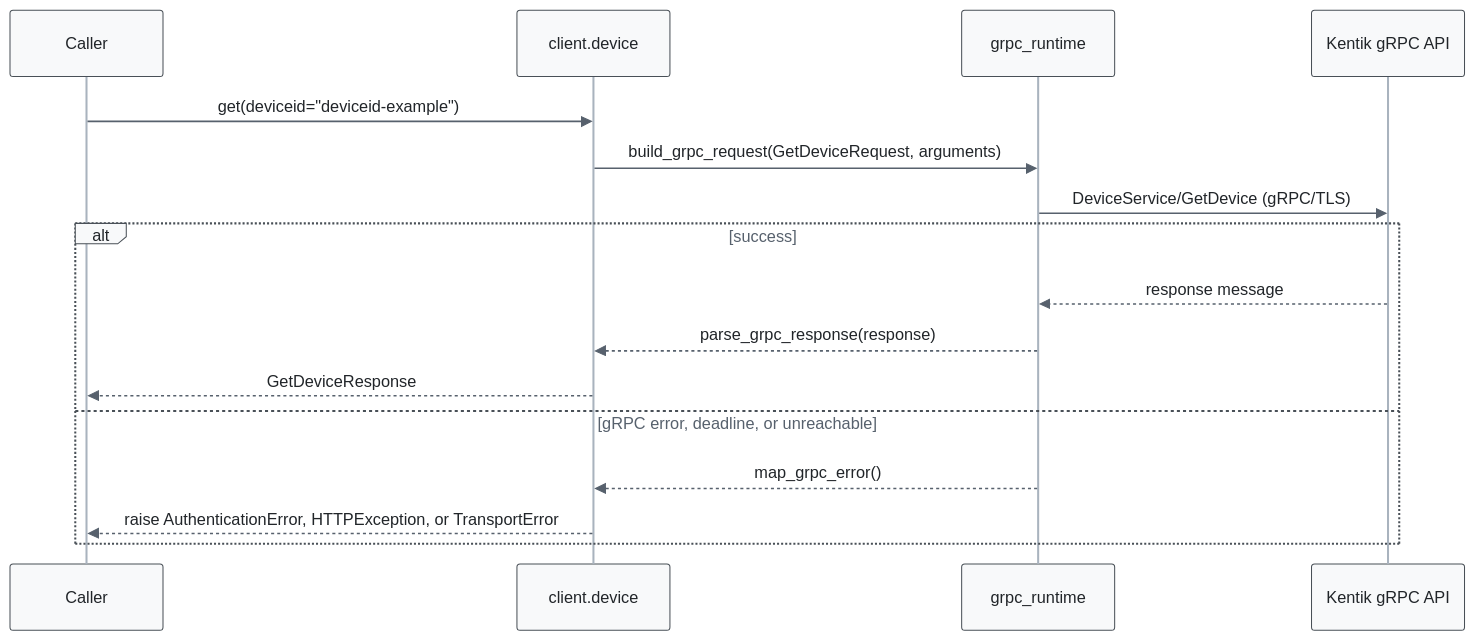
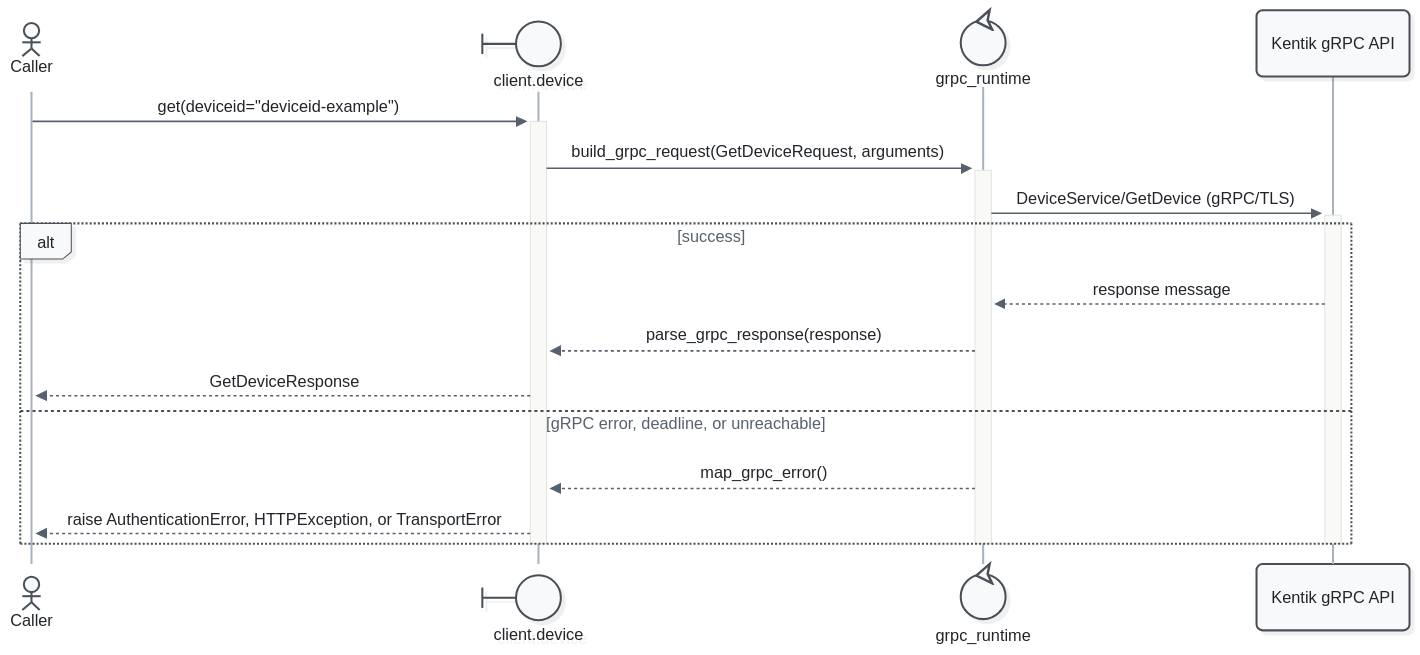
Before and after one commit to alexdearaujo/community_sdk_python: diagram 14 of 21 in docs/sphinx/services/device.md, drawn with Mermaid. The commit also changed other lines of this file and 52 other files, not shown here.

First line of the commit message:
docs: Mermaid 12 sequence diagrams with participant types and path colors

````diff
--- a/docs/sphinx/services/device.md
+++ b/docs/sphinx/services/device.md
@@ -527,20 +559,23 @@
 ```mermaid
-%%{init: {"theme": "base", "fontFamily": "ui-monospace, SFMono-Regular, Menlo, monospace", "themeVariables": {"fontFamily": "ui-monospace, SFMono-Regular, Menlo, monospace", "primaryColor": "#f8f9fa", "primaryBorderColor": "#495057", "primaryTextColor": "#212529", "textColor": "#212529", "lineColor": "#77818c", "edgeLabelBackground": "#ffffff", "actorBkg": "#f8f9fa", "actorBorder": "#495057", "actorTextColor": "#212529", "actorLineColor": "#a9b3be", "signalColor": "#57616d", "signalTextColor": "#212529", "labelBoxBkgColor": "#f8f9fa", "labelBoxBorderColor": "#495057", "labelTextColor": "#212529", "loopTextColor": "#57616d", "noteBkgColor": "#fff9db", "noteBorderColor": "#f08c00", "noteTextColor": "#a35a00"}, "flowchart": {"curve": "step", "nodeSpacing": 30, "rankSpacing": 70, "wrappingWidth": 400}}}%%
+%%{init: {"theme": "redux", "look": "neo", "layout": "dagre", "fontFamily": "ui-monospace, SFMono-Regular, Menlo, monospace", "themeVariables": {"fontFamily": "ui-monospace, SFMono-Regular, Menlo, monospace", "primaryColor": "#f8f9fa", "primaryBorderColor": "#495057", "primaryTextColor": "#212529", "textColor": "#212529", "lineColor": "#77818c", "edgeLabelBackground": "#ffffff", "actorBkg": "#f8f9fa", "actorBorder": "#495057", "actorTextColor": "#212529", "actorLineColor": "#a9b3be", "signalColor": "#57616d", "signalTextColor": "#212529", "labelBoxBkgColor": "#f8f9fa", "labelBoxBorderColor": "#495057", "labelTextColor": "#212529", "loopTextColor": "#57616d", "noteBkgColor": "#fff9db", "noteBorderColor": "#f08c00", "noteTextColor": "#a35a00"}, "sequence": {"activationWidth": 16}, "flowchart": {"curve": "step", "nodeSpacing": 30, "rankSpacing": 70, "wrappingWidth": 400}}}%%
 sequenceDiagram
-    participant C as Caller
-    participant W as client.device
-    participant R as grpc_runtime
+    actor C as Caller
+    participant W@{ "type": "boundary" } as client.device
+    participant R@{ "type": "control" } as grpc_runtime
     participant API as Kentik gRPC API
 
-    C->>W: get(deviceid="deviceid-example")
-    W->>R: build_grpc_request(GetDeviceRequest, arguments)
-    R->>API: DeviceService/GetDevice (gRPC/TLS)
+    C->>+W: get(deviceid="deviceid-example")
+    W->>+R: build_grpc_request(GetDeviceRequest, arguments)
+    R->>+API: DeviceService/GetDevice (gRPC/TLS)
     alt success
         API-->>R: response message
         R-->>W: parse_grpc_response(response)
         W-->>C: GetDeviceResponse
     else gRPC error, deadline, or unreachable
         R-->>W: map_grpc_error()
         W-->>C: raise AuthenticationError, HTTPException, or TransportError
     end
+    deactivate API
+    deactivate R
+    deactivate W
 ```
````
